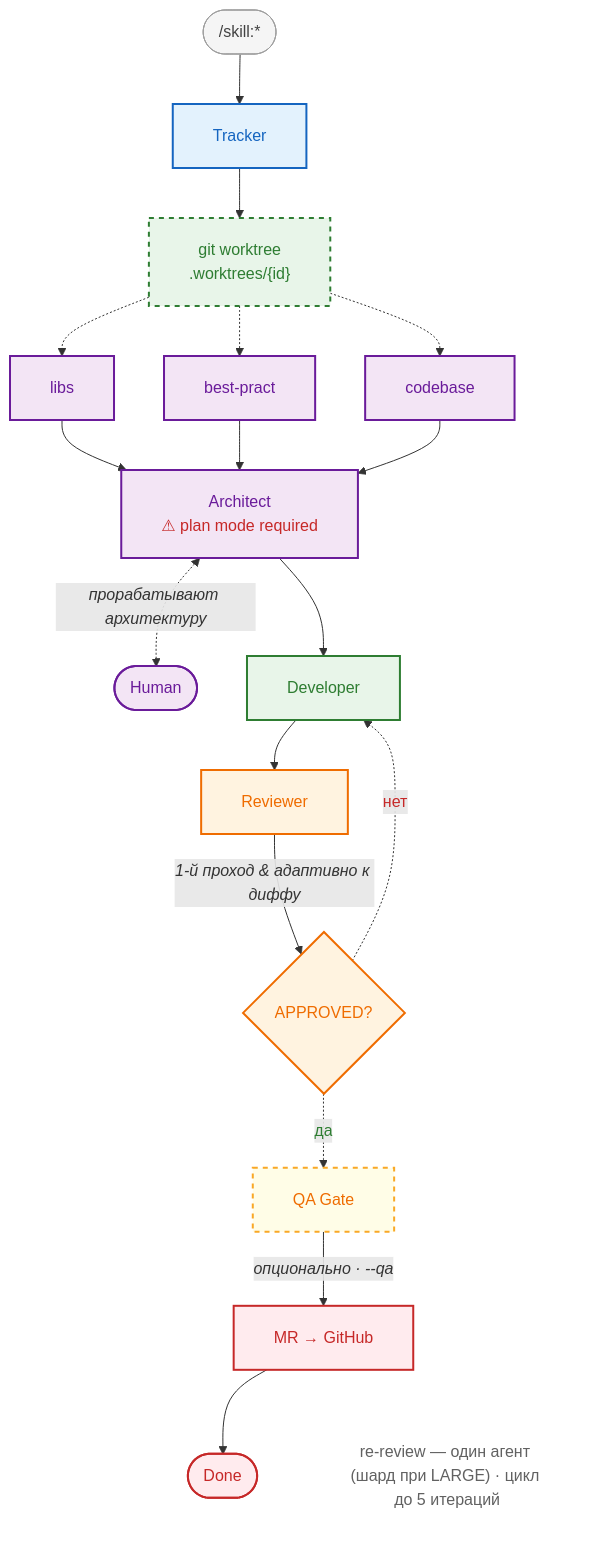
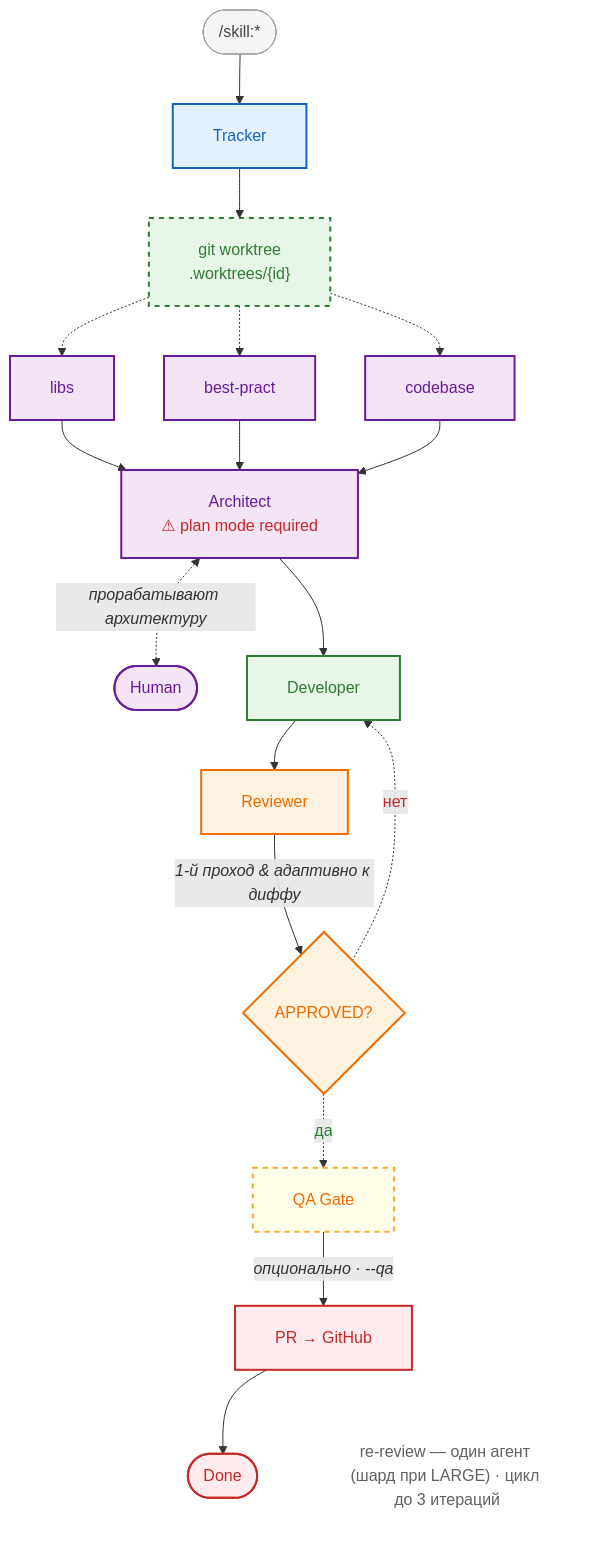
The diagram in README.md (EvgeniyElmanov/promelectron), drawn with Mermaid before and after one commit. The commit also changed other lines of this file and 1 other file, not shown here.

Commit message:
docs: align pipeline diagram with actual review cycle and GitHub PR

````diff
--- a/README.md
+++ b/README.md
@@ -120,59 +120,59 @@
 ```mermaid
 %%{init: {'flowchart': {'curve': 'basis', 'padding': 20}}}%%
 flowchart TD
     Entry(["/skill:*"])
     Entry --> Tracker
 
     Tracker["Tracker"]
     Tracker --> Worktree
 
     Worktree["git worktree<br/>.worktrees/{id}"]
     Worktree -.-> libs["libs"]
     Worktree -.-> best["best-pract"]
     Worktree -.-> code["codebase"]
 
     libs --> Architect
     best --> Architect
     code --> Architect
 
     Architect["Architect<br/><font color='#c62828'>⚠ plan mode required</font>"] <-.->|<i>прорабатывают архитектуру</i>| Human([Human])
 
     Architect --> Dev["Developer"]
 
     Dev --> Reviewer["Reviewer"]
     Reviewer -->|<i>1-й проход & адаптивно к диффу</i>| Approved{APPROVED?}
     Approved -.->|<font color='#c62828'>нет</font>| Dev
     Approved -.->|<font color='#2e7d32'>да</font>| QA_Gate
 
     QA_Gate["QA Gate"] -->|<i>опционально · --qa</i>| MR
 
-    MR["MR → GitHub"] --> Done([Done])
+    MR["PR → GitHub"] --> Done([Done])
 
-    noteBottom["re-review — один агент (шард при LARGE) · цикл до 5 итераций"]
+    noteBottom["re-review — один агент (шард при LARGE) · цикл до 3 итераций"]
     MR ~~~ noteBottom
 
     classDef entry fill:#f5f5f5,stroke:#9e9e9e,stroke-width:1px,color:#424242
     classDef tracker fill:#e3f2fd,stroke:#1565c0,stroke-width:2px,color:#1565c0
     classDef worktree fill:#e8f5e9,stroke:#2e7d32,stroke-width:2px,stroke-dasharray:5 5,color:#2e7d32
     classDef research fill:#f3e5f5,stroke:#6a1b9a,stroke-width:2px,color:#6a1b9a
     classDef human fill:#f3e5f5,stroke:#6a1b9a,stroke-width:2px,color:#6a1b9a
     classDef dev fill:#e8f5e9,stroke:#2e7d32,stroke-width:2px,color:#2e7d32
     classDef review fill:#fff3e0,stroke:#ef6c00,stroke-width:2px,color:#ef6c00
     classDef qa fill:#fffde7,stroke:#f9a825,stroke-width:2px,stroke-dasharray:5 5,color:#ef6c00
     classDef ship fill:#ffebee,stroke:#c62828,stroke-width:2px,color:#c62828
     classDef note fill:none,stroke:none,color:#616161
 
     class Entry entry
     class Tracker tracker
     class Worktree worktree
     class libs,best,code research
     class Architect human
     class Human human
     class Dev dev
     class Reviewer review
     class Approved review
     class QA_Gate qa
     class MR ship
     class Done ship
     class noteBottom note
 ```
````
